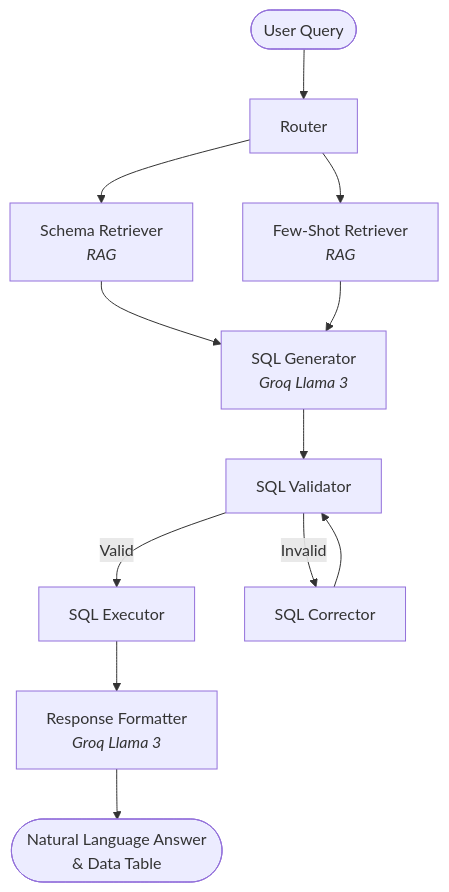
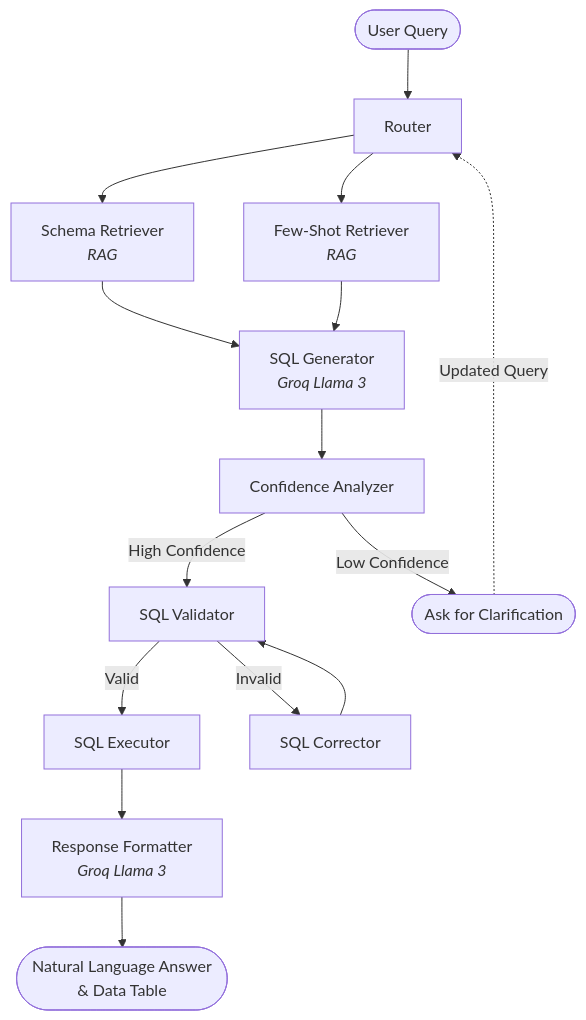
One commit to Keyur53987/VocalSQL changed the diagram in README.md. Above: the diagram before and after it, drawn with Mermaid. The commit also changed other lines of this file and 21 other files, not shown here.

Commit message:
feat: implement dual-path confidence analysis and clarification UI

````diff
--- a/README.md
+++ b/README.md
@@ -64,14 +65,17 @@
 ```mermaid
 graph TD
     User([User Query]) --> Router
     Router --> SchemaR[Schema Retriever <br/><i>RAG</i>]
     Router --> FewShotR[Few-Shot Retriever <br/><i>RAG</i>]
     SchemaR --> Generator
     FewShotR --> Generator
-    Generator[SQL Generator <br/><i>Groq Llama 3</i>] --> Validator[SQL Validator]
+    Generator[SQL Generator <br/><i>Groq Llama 3</i>] --> Analyzer[Confidence Analyzer]
+    Analyzer -- "High Confidence" --> Validator[SQL Validator]
+    Analyzer -- "Low Confidence" --> Clarify([Ask for Clarification])
+    Clarify -. "Updated Query" .-> Router
     Validator -- "Valid" --> Executor[SQL Executor]
     Validator -- "Invalid" --> Corrector[SQL Corrector]
     Corrector --> Validator
     Executor --> Formatter[Response Formatter <br/><i>Groq Llama 3</i>]
     Formatter --> Out([Natural Language Answer <br/>& Data Table])
 ```
````
